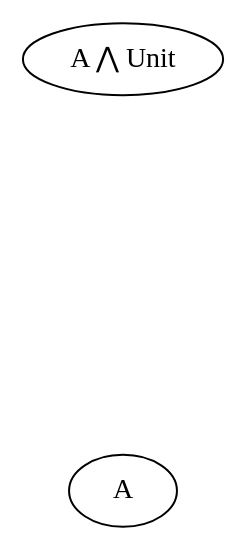
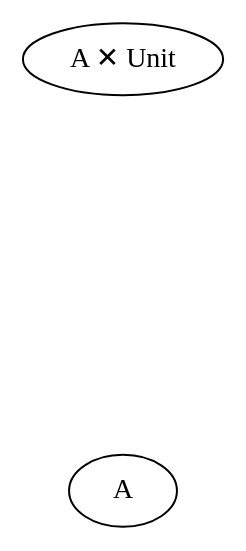
One commit to nrinaudo/far-more-adt changed the diagram in src/graphviz/a_and_unit_novalue.dot. Above: the diagram before and after it, drawn with Graphviz. The commit also changed 59 other files, not shown here.

```diff
--- a/src/graphviz/a_and_unit_novalue.dot
+++ b/src/graphviz/a_and_unit_novalue.dot
@@ -1,13 +1,13 @@
 digraph {
-    AandUnit[label="A ⋀ Unit"]
-    AndAUnit[label="aᵢ ⋀ ()" class="value" style=invis]
+    AandUnit[label="A ✕ Unit"]
+    AndAUnit[label="aᵢ ✕ ()" class="value" style=invis]
 
     AandUnit -> AndAUnit[style=invis]
 
     a[label="aᵢ" class="value" style=invis]
 
     a -> A[dir=back style=invis]
 
     AndAUnit -> a[style=invis]
     a -> AndAUnit[style=invis]
 }
```
